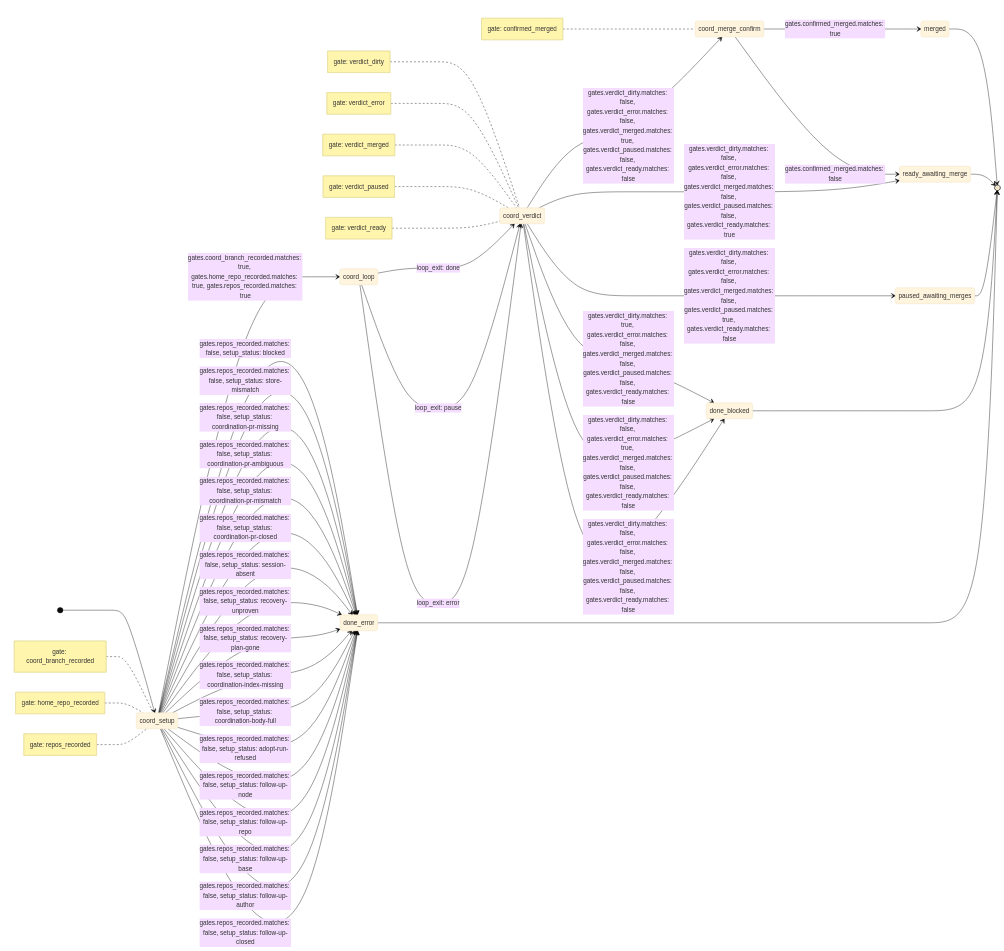
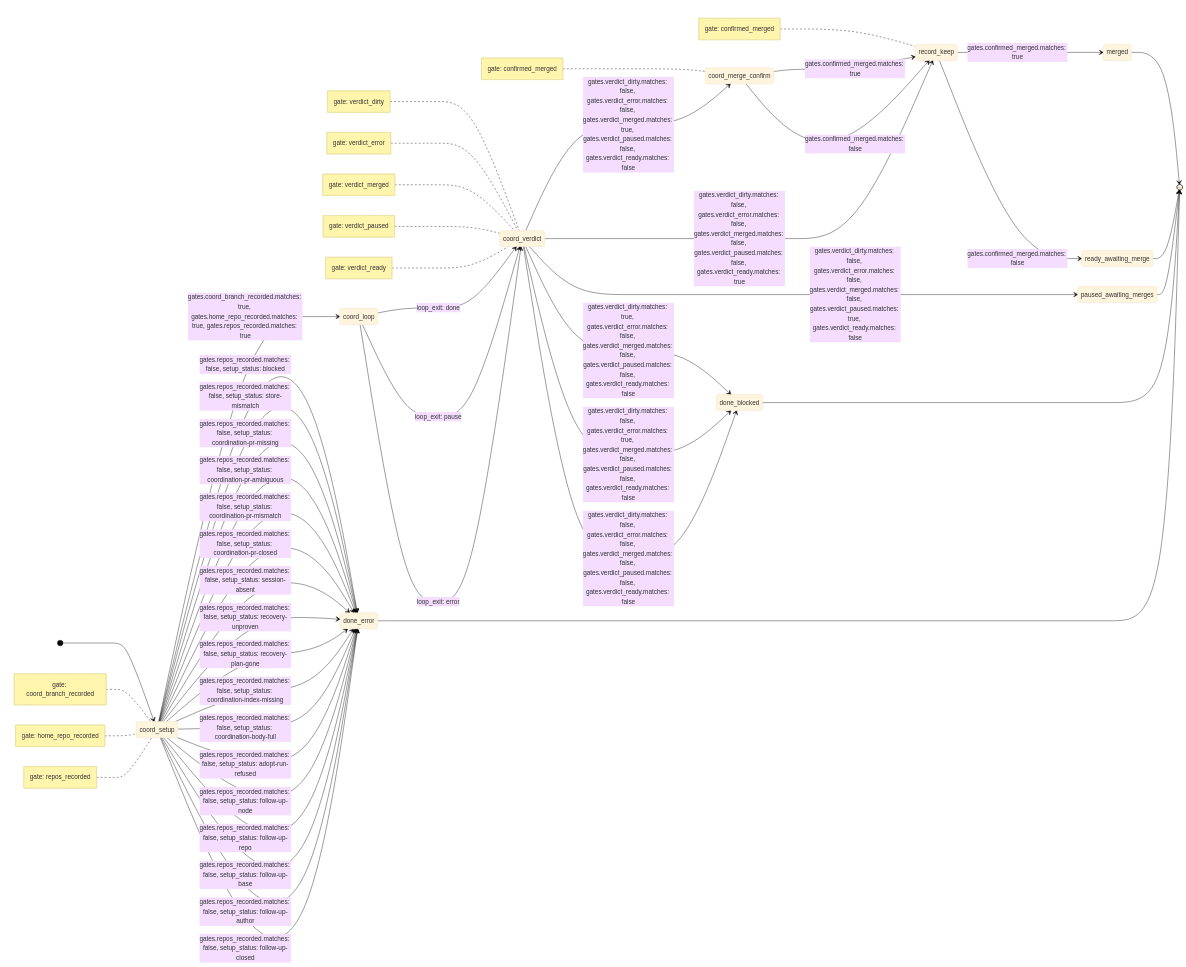
The diagram in skills/execute/koto-templates/execute-coordinated.mermaid.md (tsukumogami/shirabe), drawn with Mermaid (base theme) before and after one commit. The commit also changed 29 other files, not shown here.

````diff
--- a/skills/execute/koto-templates/execute-coordinated.mermaid.md
+++ b/skills/execute/koto-templates/execute-coordinated.mermaid.md
@@ -1,66 +1,71 @@
 ```mermaid
 stateDiagram-v2
     direction LR
     [*] --> coord_setup
     coord_loop --> coord_verdict : loop_exit: done
     coord_loop --> coord_verdict : loop_exit: pause
     coord_loop --> coord_verdict : loop_exit: error
-    coord_merge_confirm --> merged : gates.confirmed_merged.matches: true
-    coord_merge_confirm --> ready_awaiting_merge : gates.confirmed_merged.matches: false
+    coord_merge_confirm --> record_keep : gates.confirmed_merged.matches: true
+    coord_merge_confirm --> record_keep : gates.confirmed_merged.matches: false
     coord_setup --> coord_loop : gates.coord_branch_recorded.matches: true, gates.home_repo_recorded.matches: true, gates.repos_recorded.matches: true
     coord_setup --> done_error : gates.repos_recorded.matches: false, setup_status: blocked
     coord_setup --> done_error : gates.repos_recorded.matches: false, setup_status: store-mismatch
     coord_setup --> done_error : gates.repos_recorded.matches: false, setup_status: coordination-pr-missing
     coord_setup --> done_error : gates.repos_recorded.matches: false, setup_status: coordination-pr-ambiguous
     coord_setup --> done_error : gates.repos_recorded.matches: false, setup_status: coordination-pr-mismatch
     coord_setup --> done_error : gates.repos_recorded.matches: false, setup_status: coordination-pr-closed
     coord_setup --> done_error : gates.repos_recorded.matches: false, setup_status: session-absent
     coord_setup --> done_error : gates.repos_recorded.matches: false, setup_status: recovery-unproven
     coord_setup --> done_error : gates.repos_recorded.matches: false, setup_status: recovery-plan-gone
     coord_setup --> done_error : gates.repos_recorded.matches: false, setup_status: coordination-index-missing
     coord_setup --> done_error : gates.repos_recorded.matches: false, setup_status: coordination-body-full
     coord_setup --> done_error : gates.repos_recorded.matches: false, setup_status: adopt-run-refused
     coord_setup --> done_error : gates.repos_recorded.matches: false, setup_status: follow-up-node
     coord_setup --> done_error : gates.repos_recorded.matches: false, setup_status: follow-up-repo
     coord_setup --> done_error : gates.repos_recorded.matches: false, setup_status: follow-up-base
     coord_setup --> done_error : gates.repos_recorded.matches: false, setup_status: follow-up-author
     coord_setup --> done_error : gates.repos_recorded.matches: false, setup_status: follow-up-closed
     coord_verdict --> coord_merge_confirm : gates.verdict_dirty.matches: false, gates.verdict_error.matches: false, gates.verdict_merged.matches: true, gates.verdict_paused.matches: false, gates.verdict_ready.matches: false
-    coord_verdict --> ready_awaiting_merge : gates.verdict_dirty.matches: false, gates.verdict_error.matches: false, gates.verdict_merged.matches: false, gates.verdict_paused.matches: false, gates.verdict_ready.matches: true
+    coord_verdict --> record_keep : gates.verdict_dirty.matches: false, gates.verdict_error.matches: false, gates.verdict_merged.matches: false, gates.verdict_paused.matches: false, gates.verdict_ready.matches: true
     coord_verdict --> paused_awaiting_merges : gates.verdict_dirty.matches: false, gates.verdict_error.matches: false, gates.verdict_merged.matches: false, gates.verdict_paused.matches: true, gates.verdict_ready.matches: false
     coord_verdict --> done_blocked : gates.verdict_dirty.matches: true, gates.verdict_error.matches: false, gates.verdict_merged.matches: false, gates.verdict_paused.matches: false, gates.verdict_ready.matches: false
     coord_verdict --> done_blocked : gates.verdict_dirty.matches: false, gates.verdict_error.matches: true, gates.verdict_merged.matches: false, gates.verdict_paused.matches: false, gates.verdict_ready.matches: false
     coord_verdict --> done_blocked : gates.verdict_dirty.matches: false, gates.verdict_error.matches: false, gates.verdict_merged.matches: false, gates.verdict_paused.matches: false, gates.verdict_ready.matches: false
+    record_keep --> merged : gates.confirmed_merged.matches: true
+    record_keep --> ready_awaiting_merge : gates.confirmed_merged.matches: false
     done_blocked --> [*]
     done_error --> [*]
     merged --> [*]
     paused_awaiting_merges --> [*]
     ready_awaiting_merge --> [*]
     note left of coord_merge_confirm
         gate: confirmed_merged
     end note
     note left of coord_setup
         gate: coord_branch_recorded
     end note
     note left of coord_setup
         gate: home_repo_recorded
     end note
     note left of coord_setup
         gate: repos_recorded
     end note
     note left of coord_verdict
         gate: verdict_dirty
     end note
     note left of coord_verdict
         gate: verdict_error
     end note
     note left of coord_verdict
         gate: verdict_merged
     end note
     note left of coord_verdict
         gate: verdict_paused
     end note
     note left of coord_verdict
         gate: verdict_ready
     end note
+    note left of record_keep
+        gate: confirmed_merged
+    end note
 ```
````
